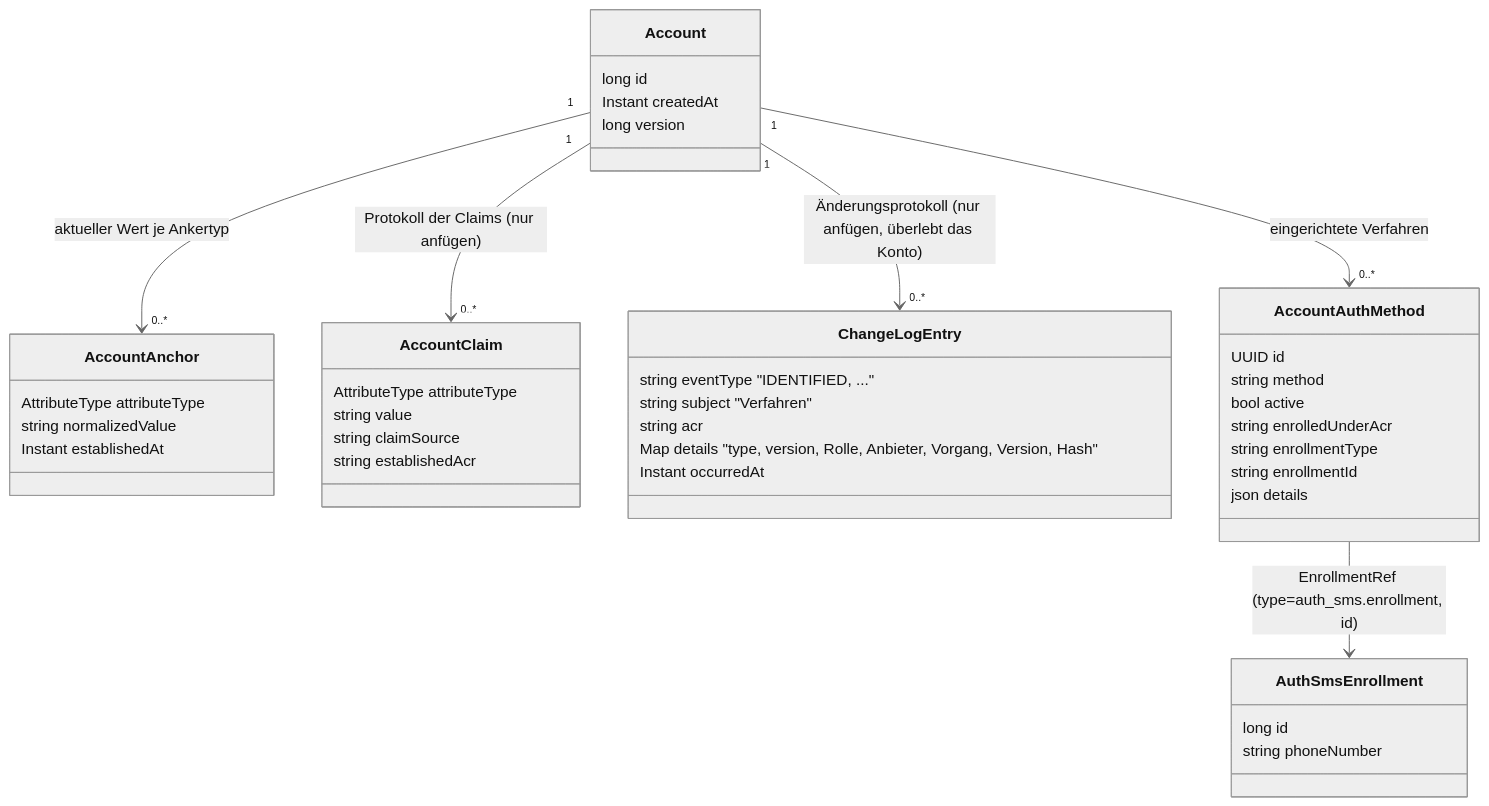
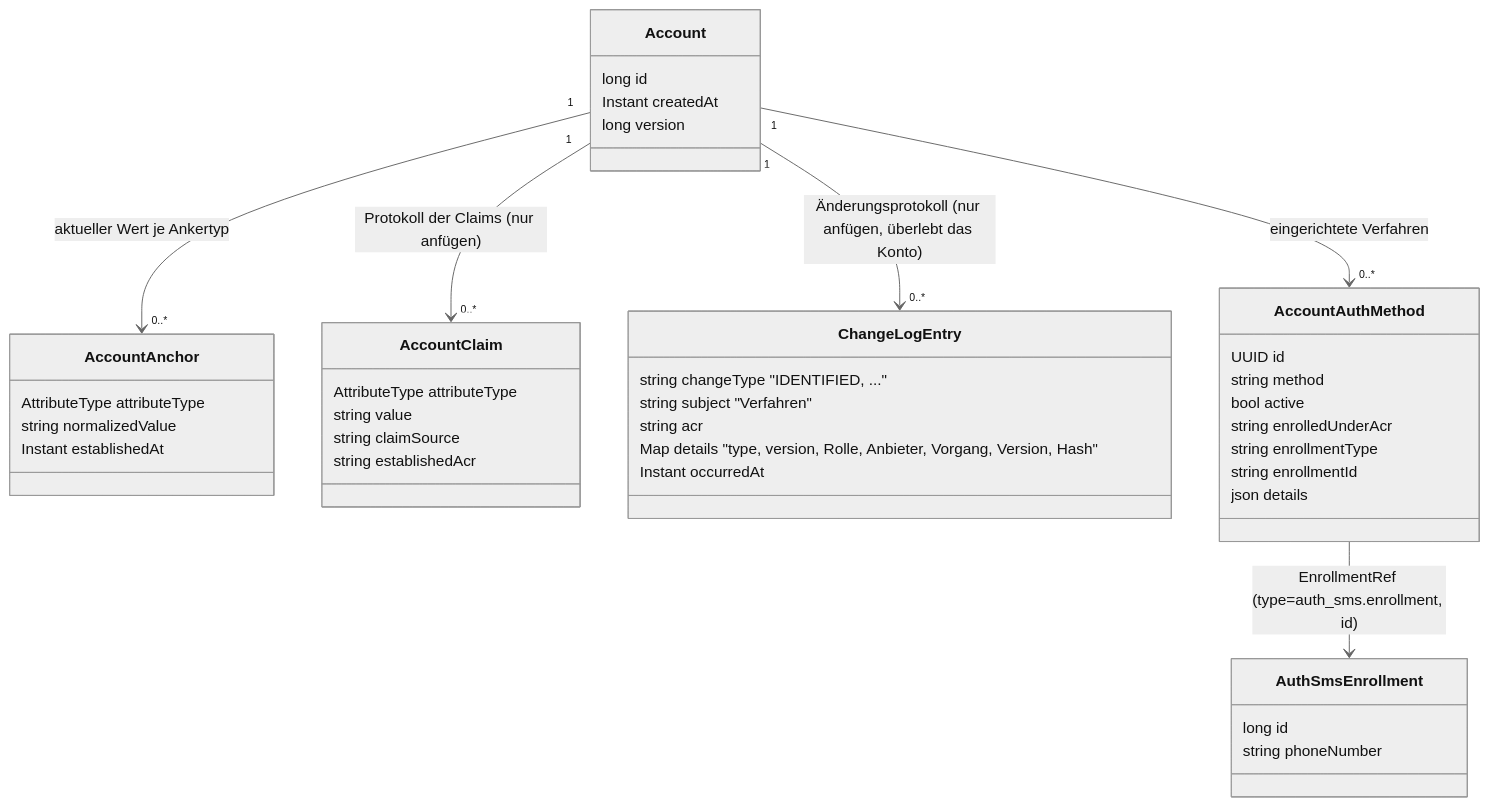
One commit to rpreissel/identity-demo changed the diagram in docs/06-ablaeufe.md. Above: the diagram before and after it, drawn with Mermaid (neutral theme). The commit also changed other lines of this file and 62 other files, not shown here.

````diff
--- a/docs/06-ablaeufe.md
+++ b/docs/06-ablaeufe.md
@@ -21,45 +23,45 @@
 ```mermaid
 classDiagram
   class Account {
     long id
     Instant createdAt
     long version
   }
   class AccountAnchor {
     AttributeType attributeType
     string normalizedValue
     Instant establishedAt
   }
   class AccountClaim {
     AttributeType attributeType
     string value
     string claimSource
     string establishedAcr
   }
   class ChangeLogEntry {
-    string eventType "IDENTIFIED, ..."
+    string changeType "IDENTIFIED, ..."
     string subject "Verfahren"
     string acr
     Map details "type, version, Rolle, Anbieter, Vorgang, Version, Hash"
     Instant occurredAt
   }
   class AccountAuthMethod {
     UUID id
     string method
     bool active
     string enrolledUnderAcr
     string enrollmentType
     string enrollmentId
     json details
   }
   class AuthSmsEnrollment {
     long id
     string phoneNumber
   }
 
   Account "1" --> "0..*" AccountAnchor : aktueller Wert je Ankertyp
   Account "1" --> "0..*" AccountClaim : Protokoll der Claims (nur anfügen)
   Account "1" --> "0..*" ChangeLogEntry : Änderungsprotokoll (nur anfügen, überlebt das Konto)
   Account "1" --> "0..*" AccountAuthMethod : eingerichtete Verfahren
   AccountAuthMethod --> AuthSmsEnrollment : EnrollmentRef (type=auth_sms.enrollment, id)
 ```
````
